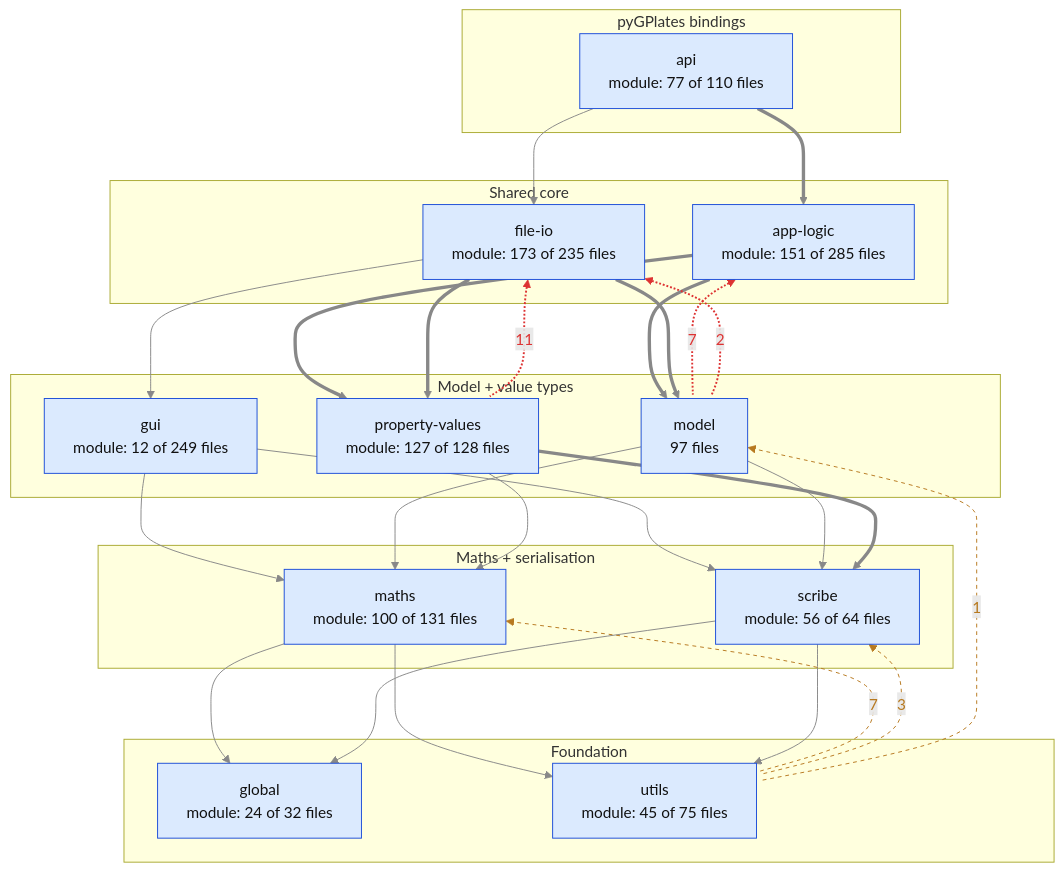
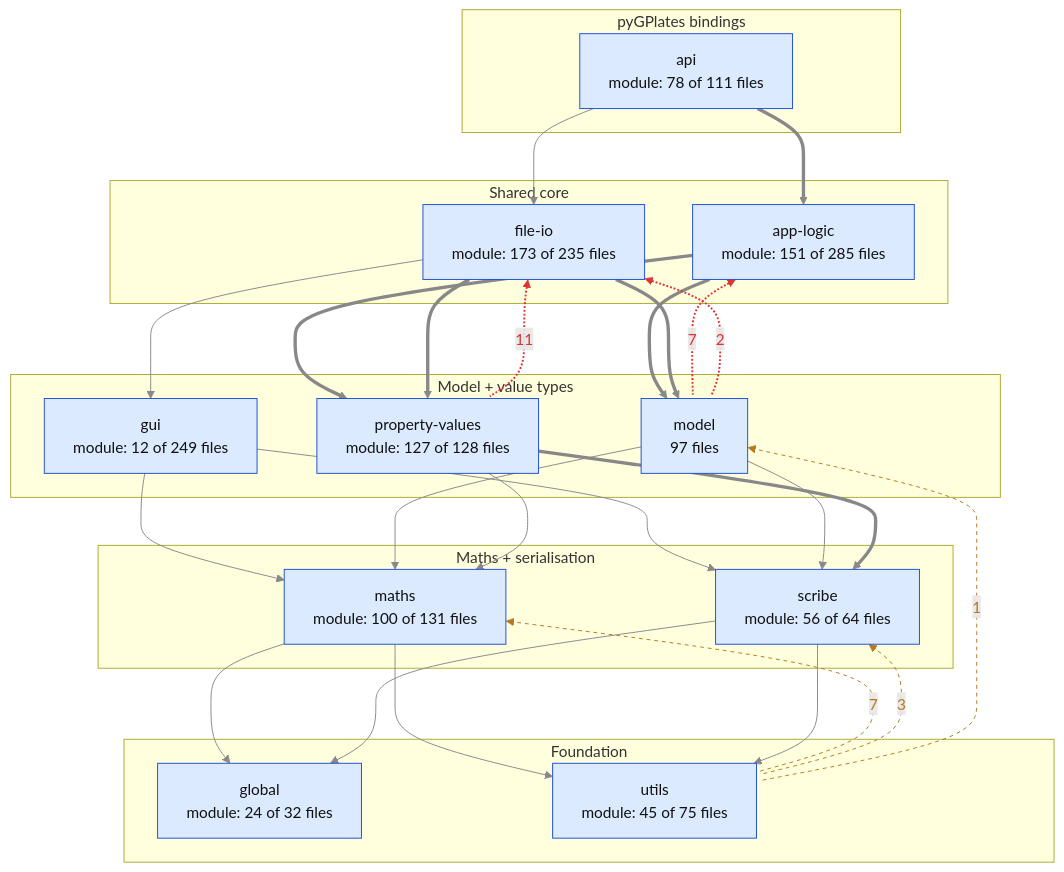
One commit to GPlates/GPlates changed the second of 2 diagrams in docs/design/architecture/dependency-matrix.md. Above: the diagram before and after it, drawn with Mermaid. The commit also changed other lines of this file and 8 other files, not shown here.

````diff
--- a/docs/design/architecture/dependency-matrix.md
+++ b/docs/design/architecture/dependency-matrix.md
@@ -141,51 +141,51 @@
 ```mermaid
 flowchart TD
   subgraph L0 ["Foundation"]
     global["global<br/>module: 24 of 32 files"]:::module
     utils["utils<br/>module: 45 of 75 files"]:::module
   end
   subgraph L1 ["Maths + serialisation"]
     maths["maths<br/>module: 100 of 131 files"]:::module
     scribe["scribe<br/>module: 56 of 64 files"]:::module
   end
   subgraph L2 ["Model + value types"]
     model["model<br/>97 files"]:::module
     property_values["property-values<br/>module: 127 of 128 files"]:::module
     gui["gui<br/>module: 12 of 249 files"]:::module
   end
   subgraph L3 ["Shared core"]
     file_io["file-io<br/>module: 173 of 235 files"]:::module
     app_logic["app-logic<br/>module: 151 of 285 files"]:::module
   end
   subgraph L4 ["pyGPlates bindings"]
-    api["api<br/>module: 77 of 110 files"]:::module
+    api["api<br/>module: 78 of 111 files"]:::module
   end
   maths --> global
   maths --> utils
   scribe --> global
   scribe --> utils
   gui --> maths
   gui --> scribe
   model --> maths
   model --> scribe
   property_values --> maths
   property_values ==> scribe
   app_logic ==> model
   app_logic ==> property_values
   file_io --> gui
   file_io ==> model
   file_io ==> property_values
   api ==> app_logic
   api --> file_io
   file_io <-.->|11| property_values
   app_logic <-.->|7| model
   file_io <-.->|2| model
   maths <-.->|7| utils
   scribe <-.->|3| utils
   model <-.->|1| utils
   classDef module fill:#dbeafe,stroke:#1d4ed8,color:#111
   classDef gplates fill:#f3f4f6,stroke:#6b7280,color:#111
   linkStyle 0,1,2,3,4,5,6,7,8,9,10,11,12,13,14,15,16 stroke:#888
   linkStyle 20,21,22 stroke:#b7791f,stroke-dasharray:4 4,color:#b7791f,marker-end:none
   linkStyle 17,18,19 stroke:#d33,stroke-width:2px,color:#d33,marker-end:none
 ```
````
